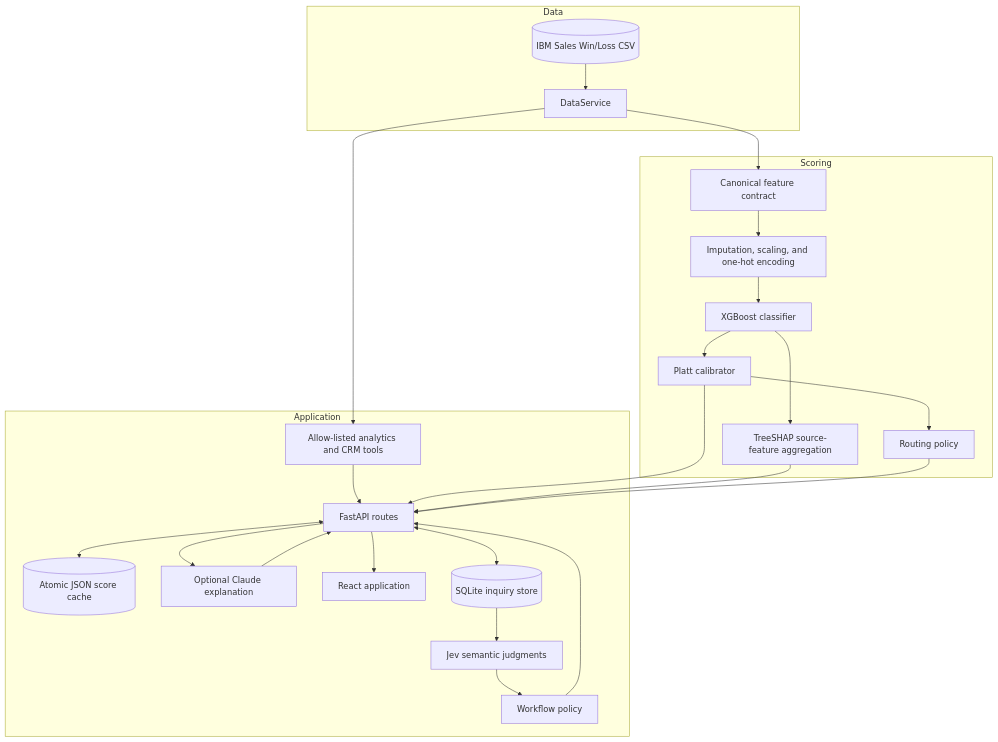
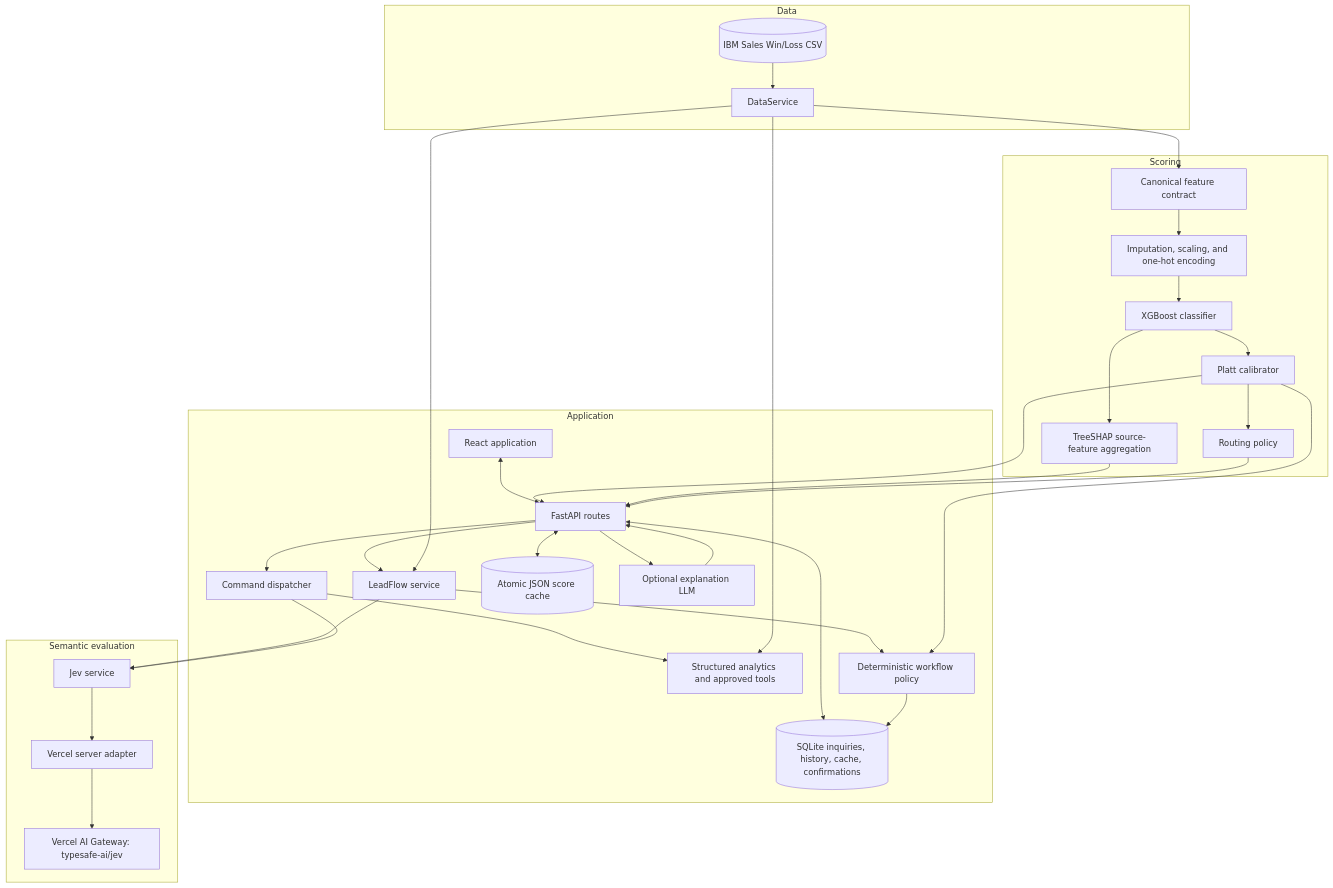
One commit to sandeeppanem/genai-lead-scoring-agent changed the first of 4 diagrams in docs/hybrid-architecture.md. Above: the diagram before and after it, drawn with Mermaid. The commit also changed other lines of this file and 1 other file, not shown here.

Commit message:
Document LeadFlow workflows and Jev boundaries

````diff
--- a/docs/hybrid-architecture.md
+++ b/docs/hybrid-architecture.md
@@ -12,46 +13,62 @@
 ```mermaid
 flowchart TD
     subgraph Data
         CSV[(IBM Sales Win/Loss CSV)]
         DS[DataService]
         CSV --> DS
     end
 
     subgraph Scoring
         FC[Canonical feature contract]
         PP[Imputation, scaling, and one-hot encoding]
         XGB[XGBoost classifier]
         PC[Platt calibrator]
         TS[TreeSHAP source-feature aggregation]
         RP[Routing policy]
 
         FC --> PP --> XGB
         XGB --> PC
         XGB --> TS
         PC --> RP
     end
 
     subgraph Application
+        UI[React application]
         API[FastAPI routes]
+        LF[LeadFlow service]
+        CMD[Command dispatcher]
         STORE[(Atomic JSON score cache)]
-        LLM[Optional Claude explanation]
-        ANALYTICS[Allow-listed analytics and CRM tools]
-        UI[React application]
-        INQUIRIES[(SQLite inquiry store)]
-        JEV[Jev semantic judgments]
-        WF[Workflow policy]
+        INQUIRIES[(SQLite inquiries, history, cache, confirmations)]
+        ANALYTICS[Structured analytics and approved tools]
+        WF[Deterministic workflow policy]
+        LLM[Optional explanation LLM]
 
+        UI <--> API
+        API --> LF
+        API --> CMD
         API <--> STORE
+        API <--> INQUIRIES
         API --> LLM --> API
-        API --> UI
-        ANALYTICS --> API
-        API <--> INQUIRIES
-        INQUIRIES --> JEV --> WF --> API
+        CMD --> ANALYTICS
+        LF --> WF
+    end
+
+    subgraph Semantic evaluation
+        JEV[Jev service]
+        ADAPTER[Vercel server adapter]
+        GATEWAY[Vercel AI Gateway: typesafe-ai/jev]
+
+        JEV --> ADAPTER --> GATEWAY
     end
 
     DS --> FC
     DS --> ANALYTICS
     PC --> API
     TS --> API
     RP --> API
+    DS --> LF
+    LF --> JEV
+    CMD --> JEV
+    PC --> WF
+    WF --> INQUIRIES
 ```
````
